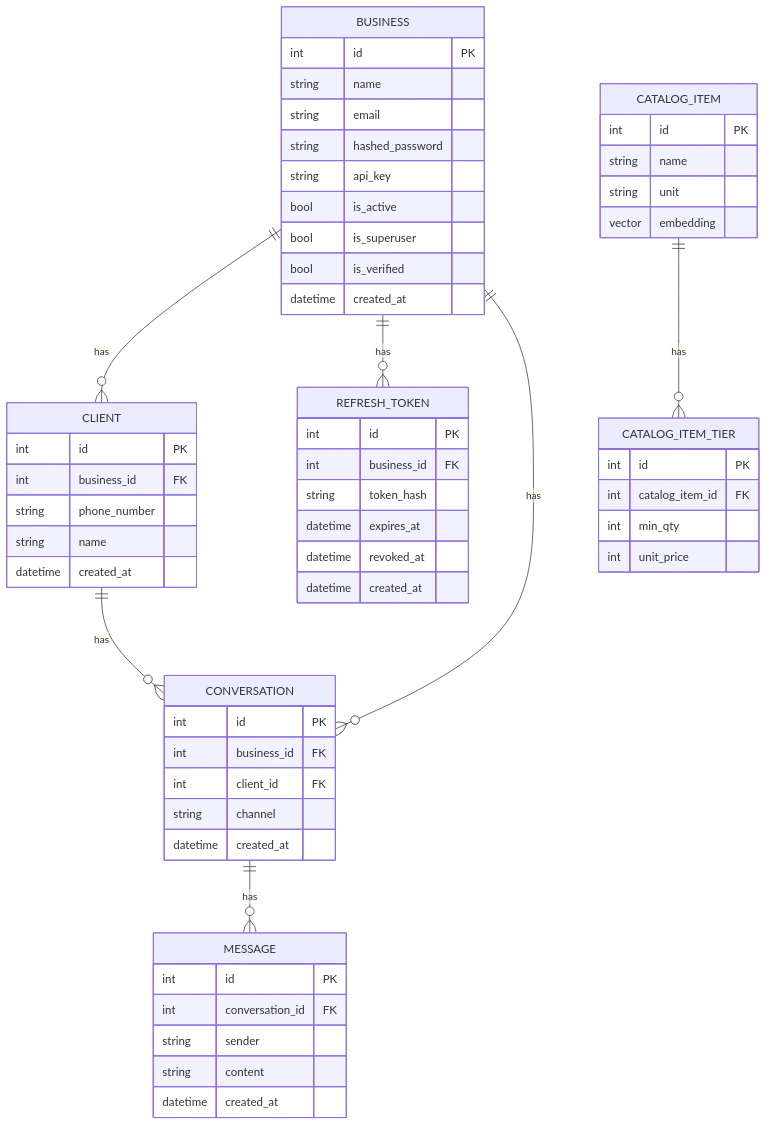
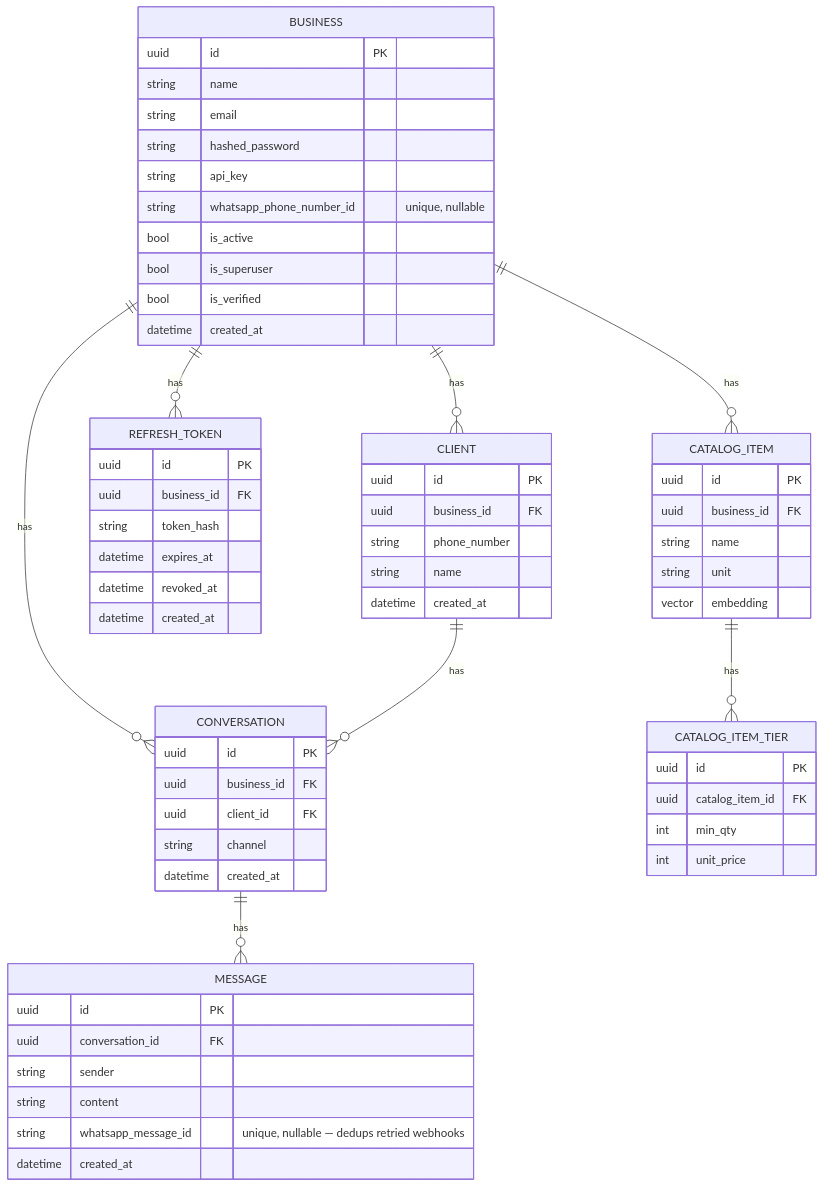
Before and after one commit to amineaiba/Quotify: the first of 3 diagrams in docs/ARCHITECTURE.md, drawn with Mermaid. The commit also changed other lines of this file and 32 other files, not shown here.

````diff
--- a/docs/ARCHITECTURE.md
+++ b/docs/ARCHITECTURE.md
@@ -37,62 +44,66 @@
 ```mermaid
 erDiagram
     BUSINESS ||--o{ CLIENT : has
     BUSINESS ||--o{ REFRESH_TOKEN : has
     BUSINESS ||--o{ CONVERSATION : has
+    BUSINESS ||--o{ CATALOG_ITEM : has
     CLIENT ||--o{ CONVERSATION : has
     CONVERSATION ||--o{ MESSAGE : has
     CATALOG_ITEM ||--o{ CATALOG_ITEM_TIER : has
 
     BUSINESS {
-        int id PK
+        uuid id PK
         string name
         string email
         string hashed_password
         string api_key
+        string whatsapp_phone_number_id "unique, nullable"
         bool is_active
         bool is_superuser
         bool is_verified
         datetime created_at
     }
     CLIENT {
-        int id PK
-        int business_id FK
+        uuid id PK
+        uuid business_id FK
         string phone_number
         string name
         datetime created_at
     }
     REFRESH_TOKEN {
-        int id PK
-        int business_id FK
+        uuid id PK
+        uuid business_id FK
         string token_hash
         datetime expires_at
         datetime revoked_at
         datetime created_at
     }
     CONVERSATION {
-        int id PK
-        int business_id FK
-        int client_id FK
+        uuid id PK
+        uuid business_id FK
+        uuid client_id FK
         string channel
         datetime created_at
     }
     MESSAGE {
-        int id PK
-        int conversation_id FK
+        uuid id PK
+        uuid conversation_id FK
         string sender
         string content
+        string whatsapp_message_id "unique, nullable — dedups retried webhooks"
         datetime created_at
     }
     CATALOG_ITEM {
-        int id PK
+        uuid id PK
+        uuid business_id FK
         string name
         string unit
         vector embedding
     }
     CATALOG_ITEM_TIER {
-        int id PK
-        int catalog_item_id FK
+        uuid id PK
+        uuid catalog_item_id FK
         int min_qty
         int unit_price
     }
 ```
````
